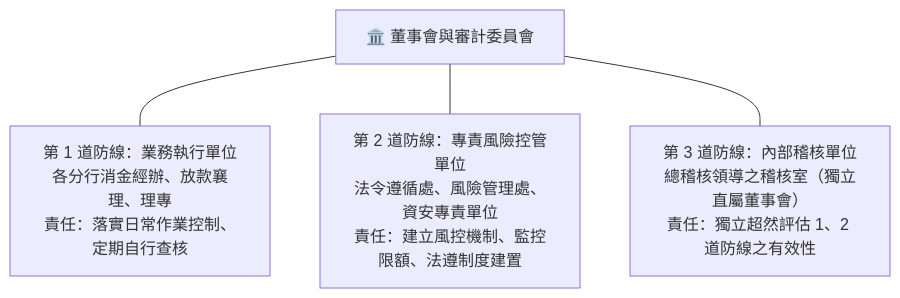
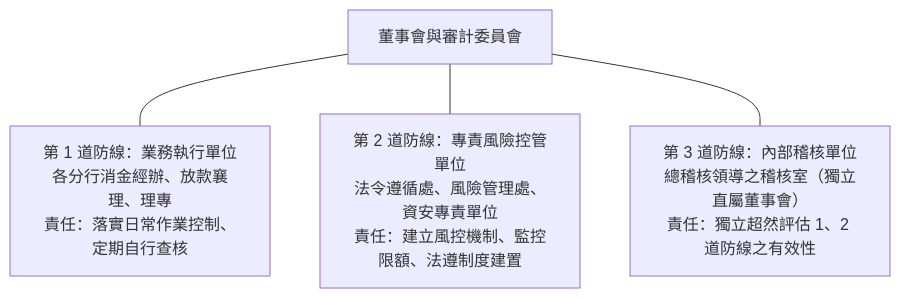
The diagram in 教材/消費金融內部控制與稽核重點教材/01_銀行內部控制與內部稽核法規精粹.md (ehackerevan/exam-study-platform), drawn with Mermaid before and after one commit. The commit also changed other lines of this file and 34 other files, not shown here.

Commit message:
feat: add frequency charts and refine study materials

````diff
--- a/教材/消費金融內部控制與稽核重點教材/01_銀行內部控制與內部稽核法規精粹.md
+++ b/教材/消費金融內部控制與稽核重點教材/01_銀行內部控制與內部稽核法規精粹.md
@@ -34,7 +34,7 @@
 ```mermaid
 graph TD
-    A["🏛️ 董事會與審計委員會"]
+    A[" 董事會與審計委員會"]
     A --- B["第 1 道防線：業務執行單位<br/>各分行消金經辦、放款襄理、理專<br/>責任：落實日常作業控制、定期自行查核"]
     A --- C["第 2 道防線：專責風險控管單位<br/>法令遵循處、風險管理處、資安專責單位<br/>責任：建立風控機制、監控限額、法遵制度建置"]
     A --- D["第 3 道防線：內部稽核單位<br/>總稽核領導之稽核室（獨立直屬董事會）<br/>責任：獨立超然評估 1、2 道防線之有效性"]
 ```
````
